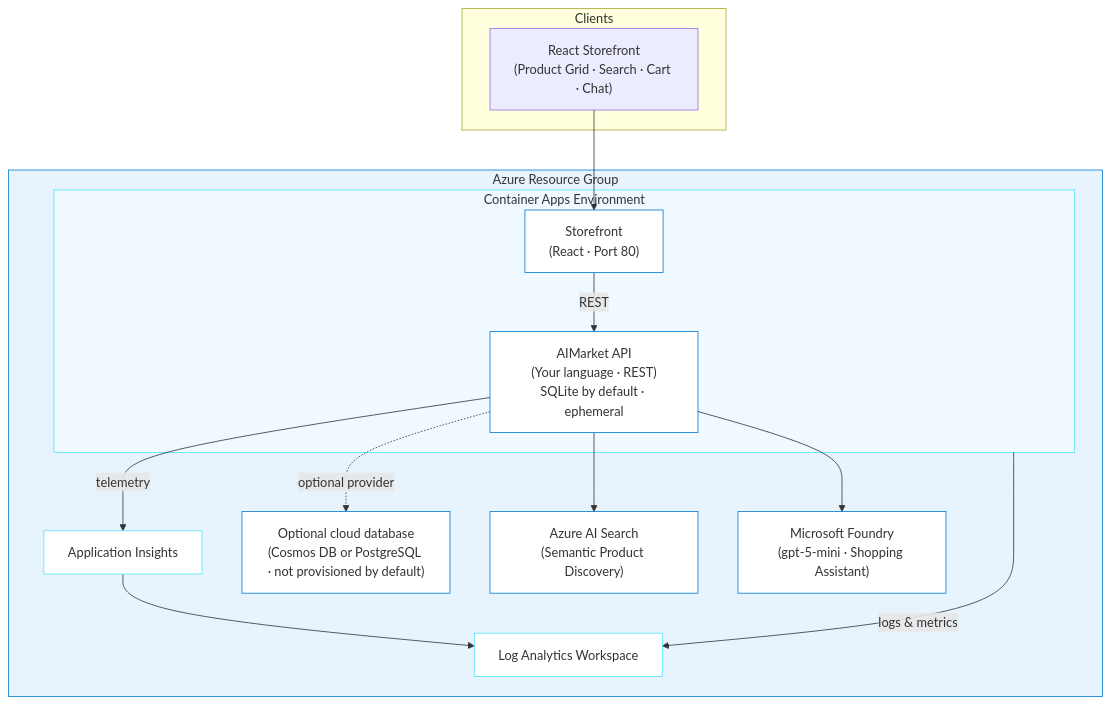
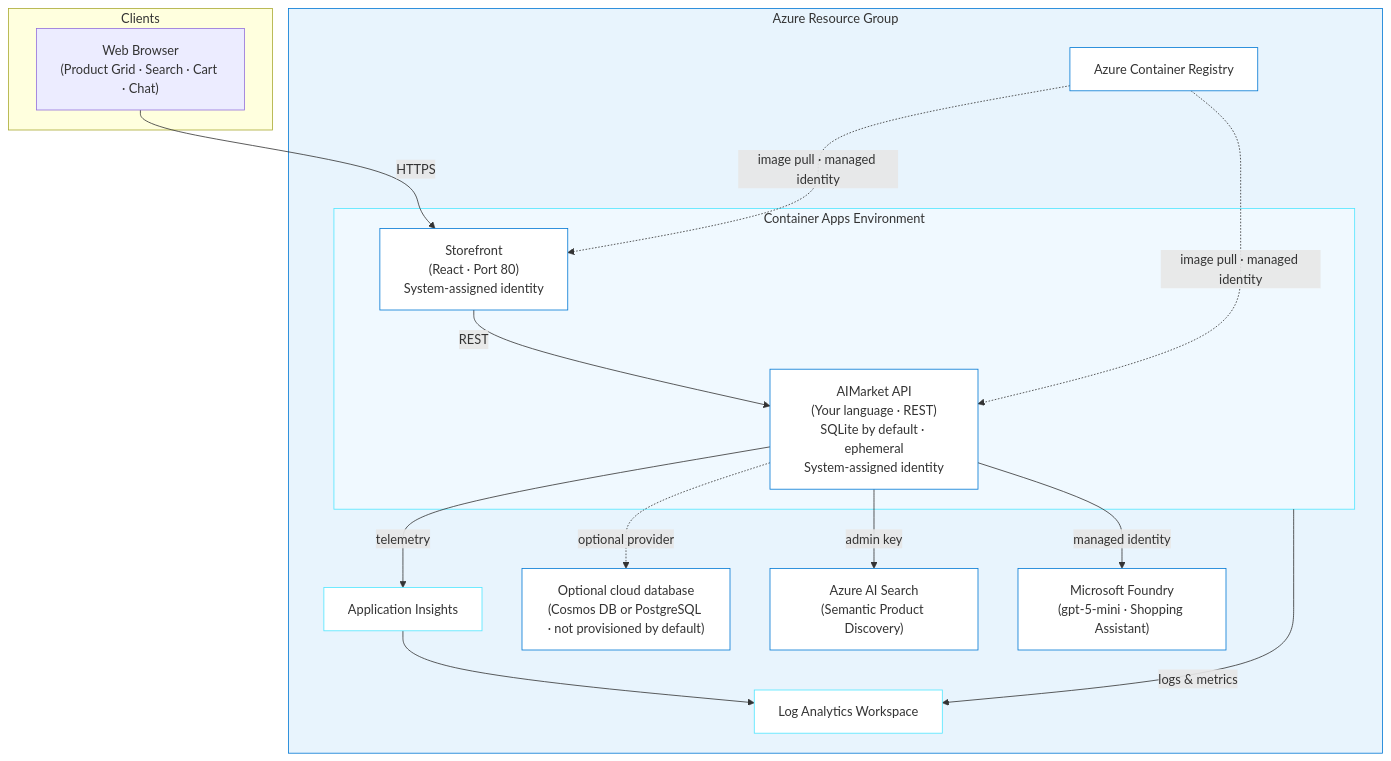
The diagram in journeys/aimarket/README.md (DanWahlin/github-azure-agentic-journeys), drawn with Mermaid before and after one commit. The commit also changed other lines of this file and 21 other files, not shown here.

````diff
--- a/journeys/aimarket/README.md
+++ b/journeys/aimarket/README.md
@@ -70,37 +70,41 @@
 ```mermaid
 graph TB
     subgraph Clients
-        WEB["React Storefront<br/>(Product Grid · Search · Cart · Chat)"]
+        WEB["Web Browser<br/>(Product Grid · Search · Cart · Chat)"]
     end
 
     subgraph RG["Azure Resource Group"]
         LA["Log Analytics Workspace"]
         APM["Application Insights"]
+        ACR["Azure Container Registry"]
         subgraph CAE["Container Apps Environment"]
-            API["AIMarket API<br/>(Your language · REST)<br/>SQLite by default · ephemeral"]
-            FRONTEND["Storefront<br/>(React · Port 80)"]
+            API["AIMarket API<br/>(Your language · REST)<br/>SQLite by default · ephemeral<br/>System-assigned identity"]
+            FRONTEND["Storefront<br/>(React · Port 80)<br/>System-assigned identity"]
         end
         DB["Optional cloud database<br/>(Cosmos DB or PostgreSQL · not provisioned by default)"]
         SEARCH["Azure AI Search<br/>(Semantic Product Discovery)"]
         AOAI["Microsoft Foundry<br/>(gpt-5-mini · Shopping Assistant)"]
     end
 
-    WEB --> FRONTEND
+    WEB -->|HTTPS| FRONTEND
     FRONTEND -->|REST| API
     API -.->|optional provider| DB
-    API --> SEARCH
-    API --> AOAI
+    API -->|admin key| SEARCH
+    API -->|managed identity| AOAI
+    ACR -.->|image pull · managed identity| API
+    ACR -.->|image pull · managed identity| FRONTEND
     API -->|telemetry| APM
     APM --> LA
     CAE -->|logs & metrics| LA
 
     style RG fill:#e8f4fd,stroke:#0078D4
     style CAE fill:#f0f9ff,stroke:#50e6ff
     style API fill:#fff,stroke:#0078D4
     style FRONTEND fill:#fff,stroke:#0078D4
     style DB fill:#fff,stroke:#0078D4
     style APM fill:#fff,stroke:#50e6ff
     style SEARCH fill:#fff,stroke:#0078D4
     style AOAI fill:#fff,stroke:#0078D4
+    style ACR fill:#fff,stroke:#0078D4
     style LA fill:#fff,stroke:#50e6ff
 ```
````
